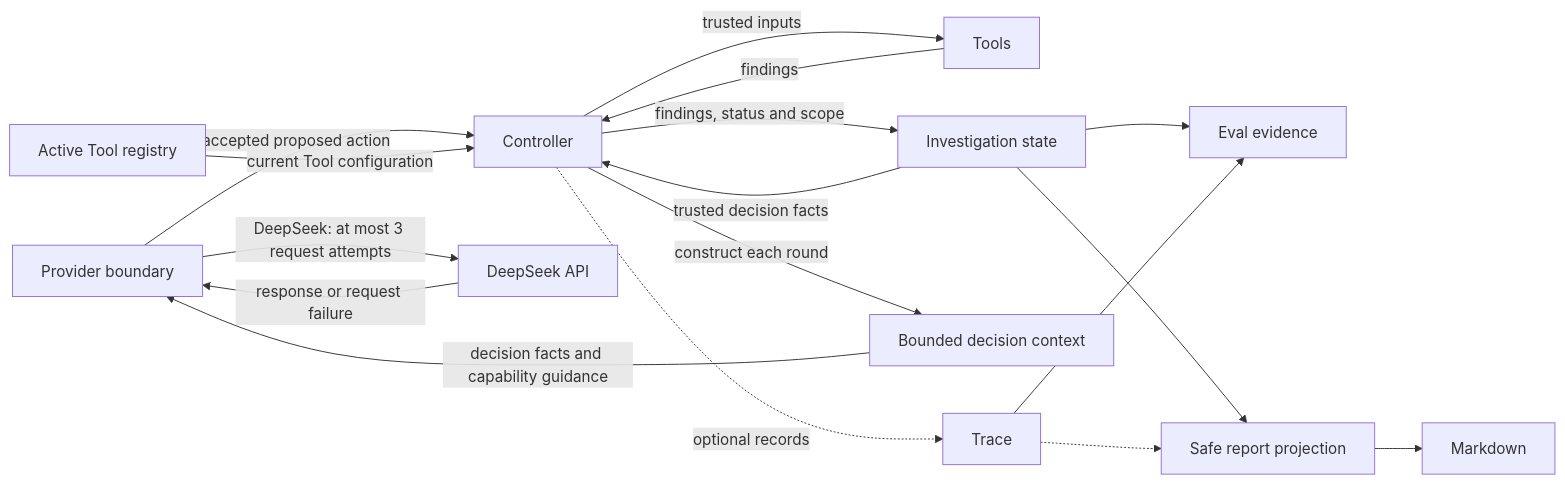
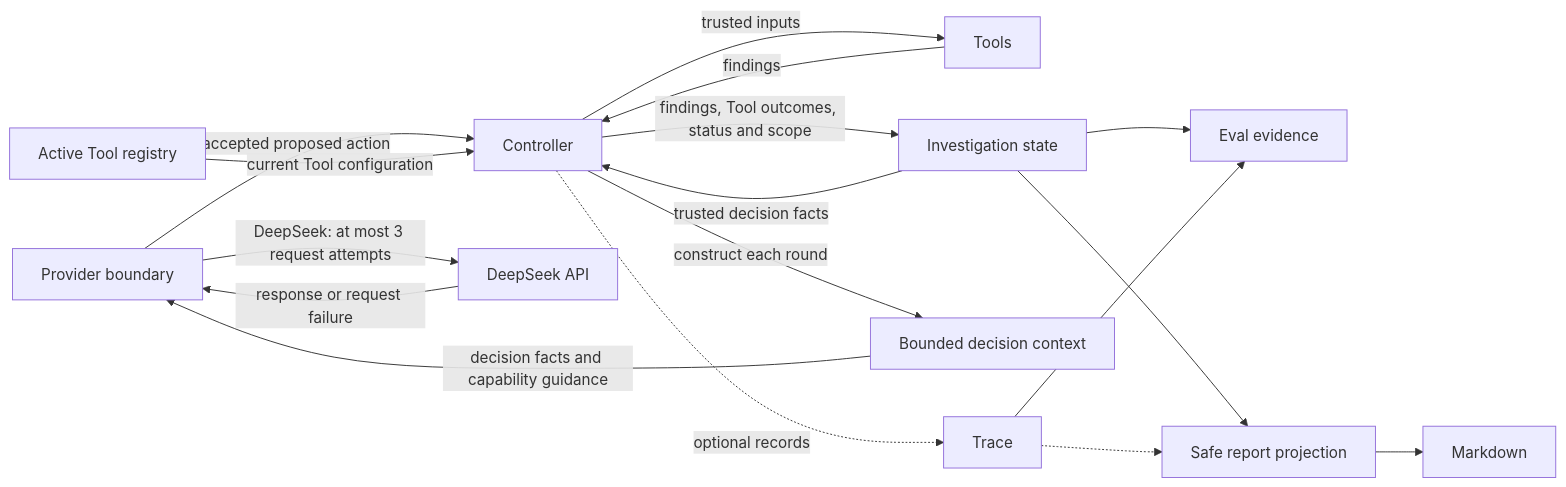
One commit to L1225777/game-logic-qa-agent changed the diagram in README.md. Above: the diagram before and after it, drawn with Mermaid. The commit also changed other lines of this file and 8 other files, not shown here.

````diff
--- a/README.md
+++ b/README.md
@@ -141,19 +144,19 @@
 ```mermaid
 flowchart LR
     Provider[Provider boundary] -->|accepted proposed action| Controller
     Provider -->|DeepSeek: at most 3 request attempts| DeepSeek[DeepSeek API]
     DeepSeek -->|response or request failure| Provider
     Controller -->|trusted inputs| Tools
     Tools -->|findings| Controller
-    Controller -->|findings, status and scope| State[Investigation state]
+    Controller -->|findings, Tool outcomes, status and scope| State[Investigation state]
     State -->|trusted decision facts| Controller
     Registry[Active Tool registry] -->|current Tool configuration| Controller
     Controller -->|construct each round| Context[Bounded decision context]
     Context -->|decision facts and capability guidance| Provider
     Controller -.->|optional records| Trace
     State --> Eval[Eval evidence]
     Trace --> Eval
     State --> Report[Safe report projection]
     Trace -.-> Report
     Report --> Markdown
 ```
````
